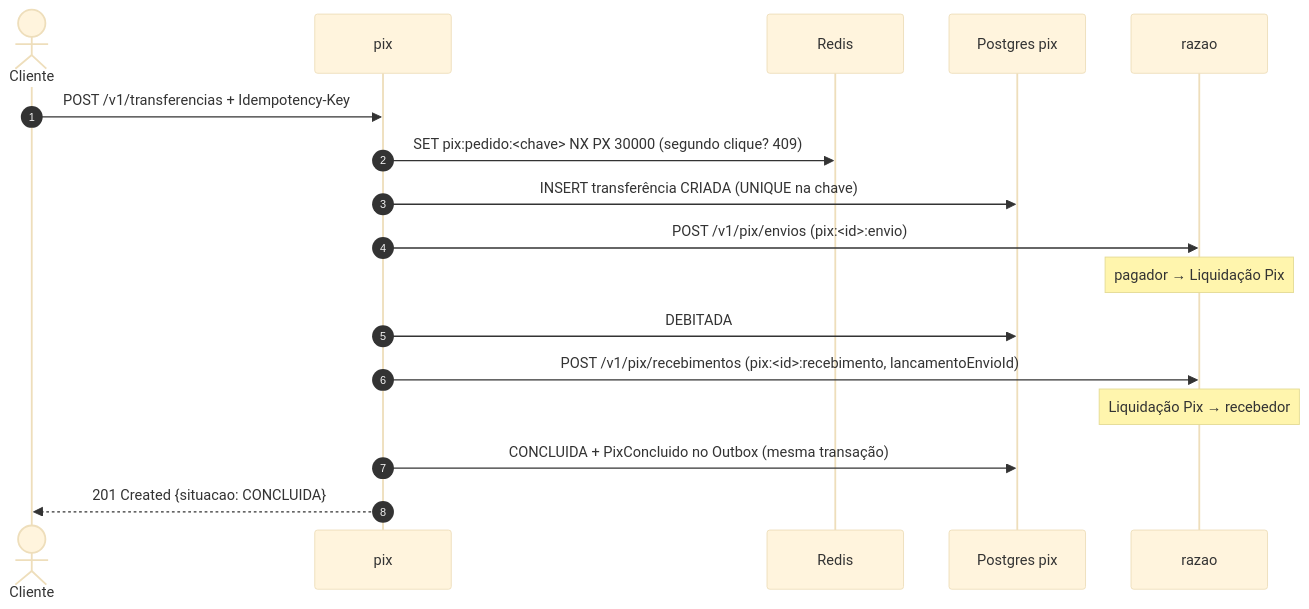
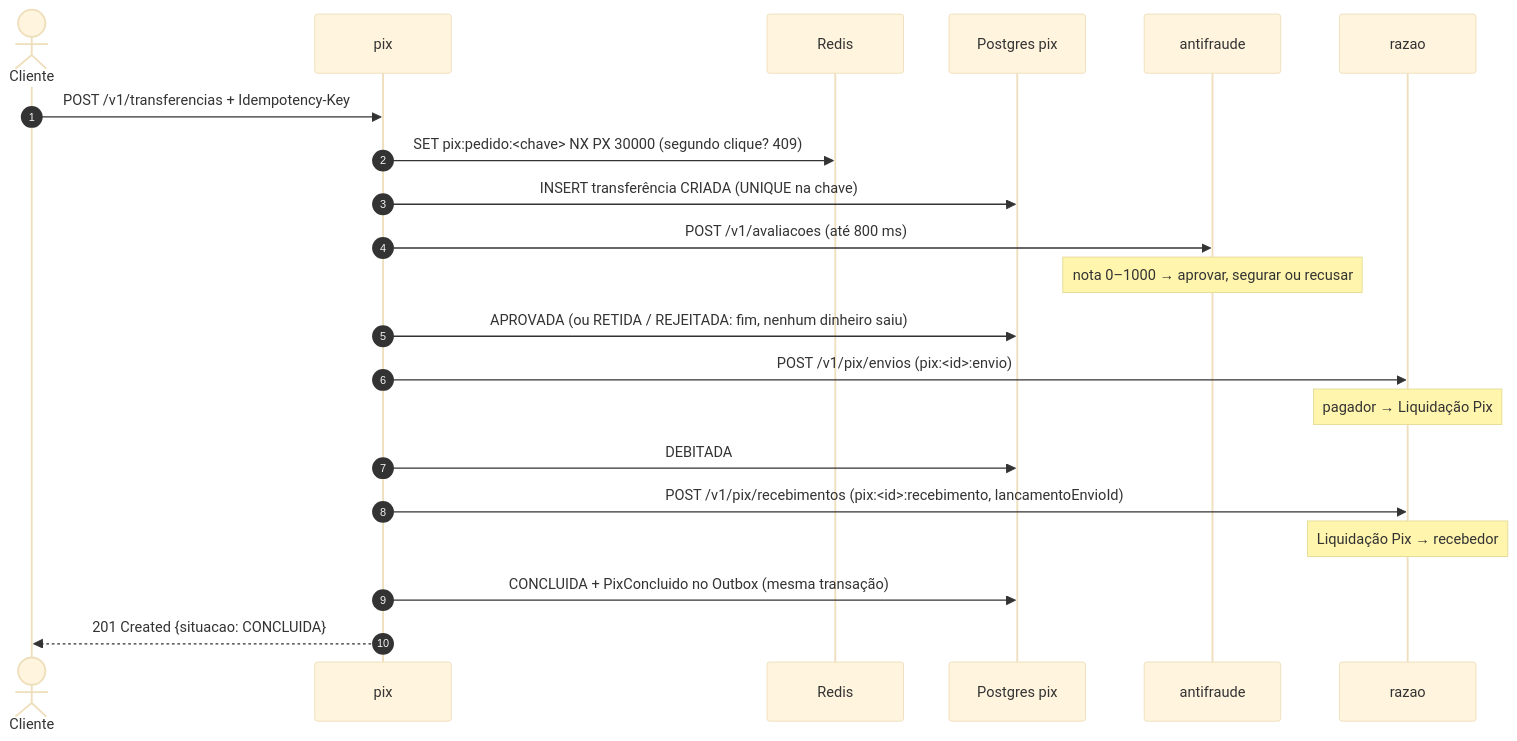
The diagram in servicos/pix/README.md (alanjoffre/ledgerly-bank), drawn with Mermaid (base theme) before and after one commit. The commit also changed other lines of this file and 185 other files, not shown here.

````diff
--- a/servicos/pix/README.md
+++ b/servicos/pix/README.md
@@ -17,20 +17,24 @@
 ```mermaid
 sequenceDiagram
     autonumber
     actor C as Cliente
     participant PX as pix
     participant R as Redis
     participant DB as Postgres pix
+    participant AF as antifraude
     participant RZ as razao
 
     C->>PX: POST /v1/transferencias + Idempotency-Key
     PX->>R: SET pix:pedido:<chave> NX PX 30000 (segundo clique? 409)
     PX->>DB: INSERT transferência CRIADA (UNIQUE na chave)
+    PX->>AF: POST /v1/avaliacoes (até 800 ms)
+    Note over AF: nota 0–1000 → aprovar, segurar ou recusar
+    PX->>DB: APROVADA (ou RETIDA / REJEITADA: fim, nenhum dinheiro saiu)
     PX->>RZ: POST /v1/pix/envios (pix:<id>:envio)
     Note over RZ: pagador → Liquidação Pix
     PX->>DB: DEBITADA
     PX->>RZ: POST /v1/pix/recebimentos (pix:<id>:recebimento, lancamentoEnvioId)
     Note over RZ: Liquidação Pix → recebedor
     PX->>DB: CONCLUIDA + PixConcluido no Outbox (mesma transação)
     PX-->>C: 201 Created {situacao: CONCLUIDA}
 ```
````
